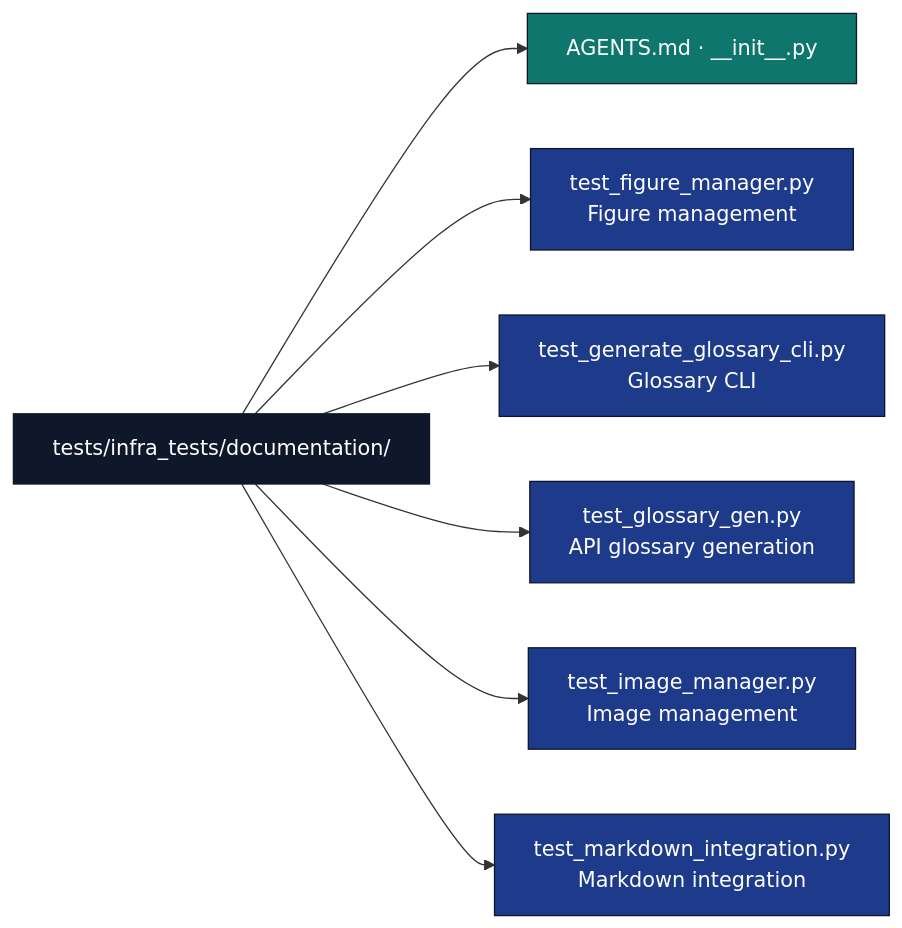
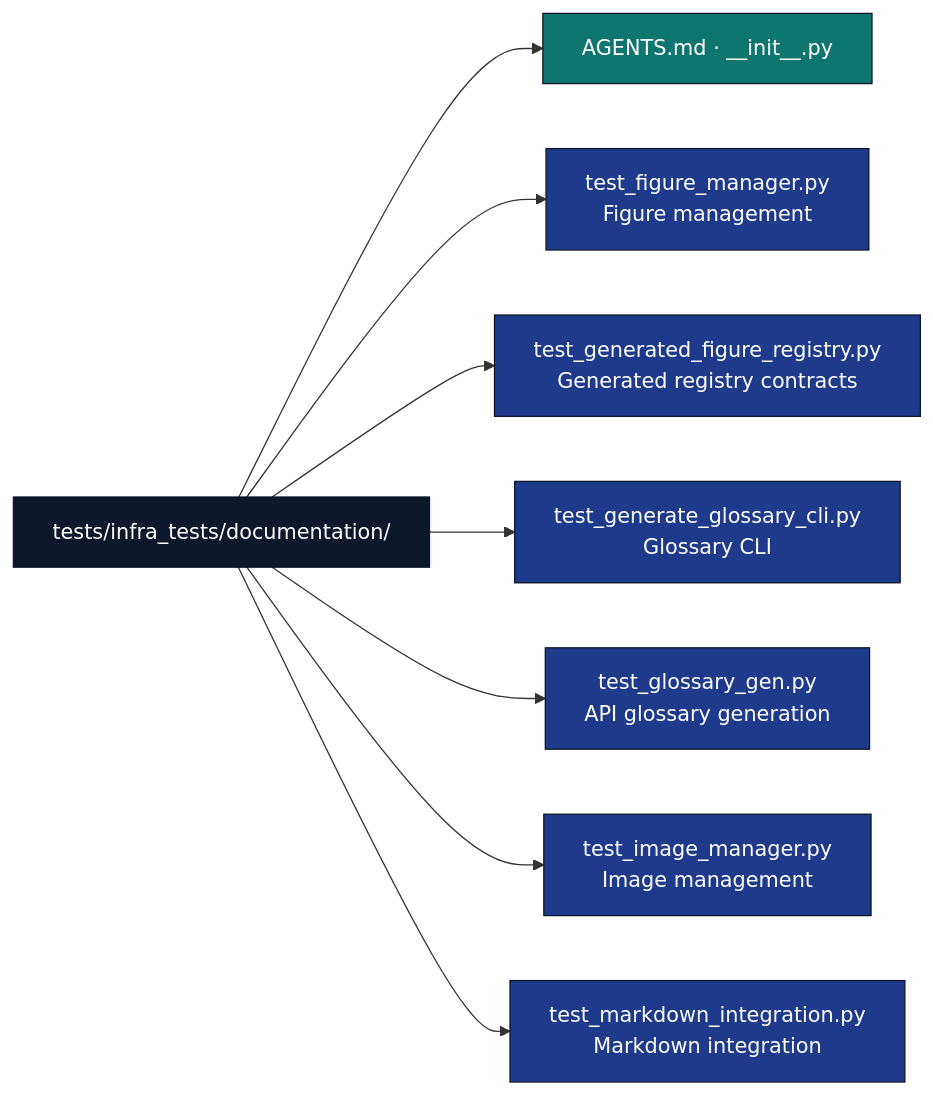
Before and after one commit to docxology/template: the diagram in tests/infra_tests/documentation/AGENTS.md, drawn with Mermaid. The commit also changed other lines of this file and 1741 other files, not shown here.

````diff
--- a/tests/infra_tests/documentation/AGENTS.md
+++ b/tests/infra_tests/documentation/AGENTS.md
@@ -9,17 +9,18 @@
 ```mermaid
 flowchart LR
     T[tests/infra_tests/documentation/]
     T --> META[AGENTS.md · __init__.py]
     T --> FIG[test_figure_manager.py<br/>Figure management]
+    T --> GFIG[test_generated_figure_registry.py<br/>Generated registry contracts]
     T --> GCLI[test_generate_glossary_cli.py<br/>Glossary CLI]
     T --> GGEN[test_glossary_gen.py<br/>API glossary generation]
     T --> IMG[test_image_manager.py<br/>Image management]
     T --> MD[test_markdown_integration.py<br/>Markdown integration]
 
     classDef d fill:#0f172a,stroke:#0f172a,color:#fff
     classDef test fill:#1e3a8a,stroke:#0f172a,color:#fff
     classDef doc fill:#0f766e,stroke:#0f172a,color:#fff
     class T d
-    class FIG,GCLI,GGEN,IMG,MD test
+    class FIG,GFIG,GCLI,GGEN,IMG,MD test
     class META doc
 ```
````
